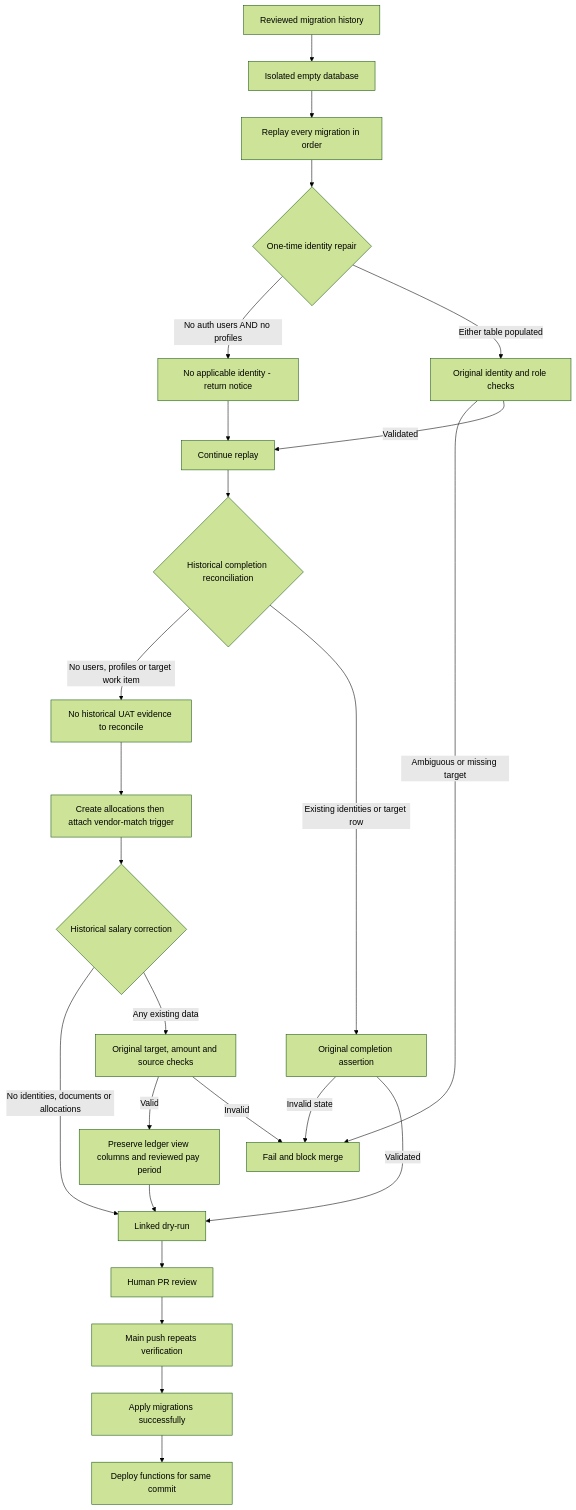
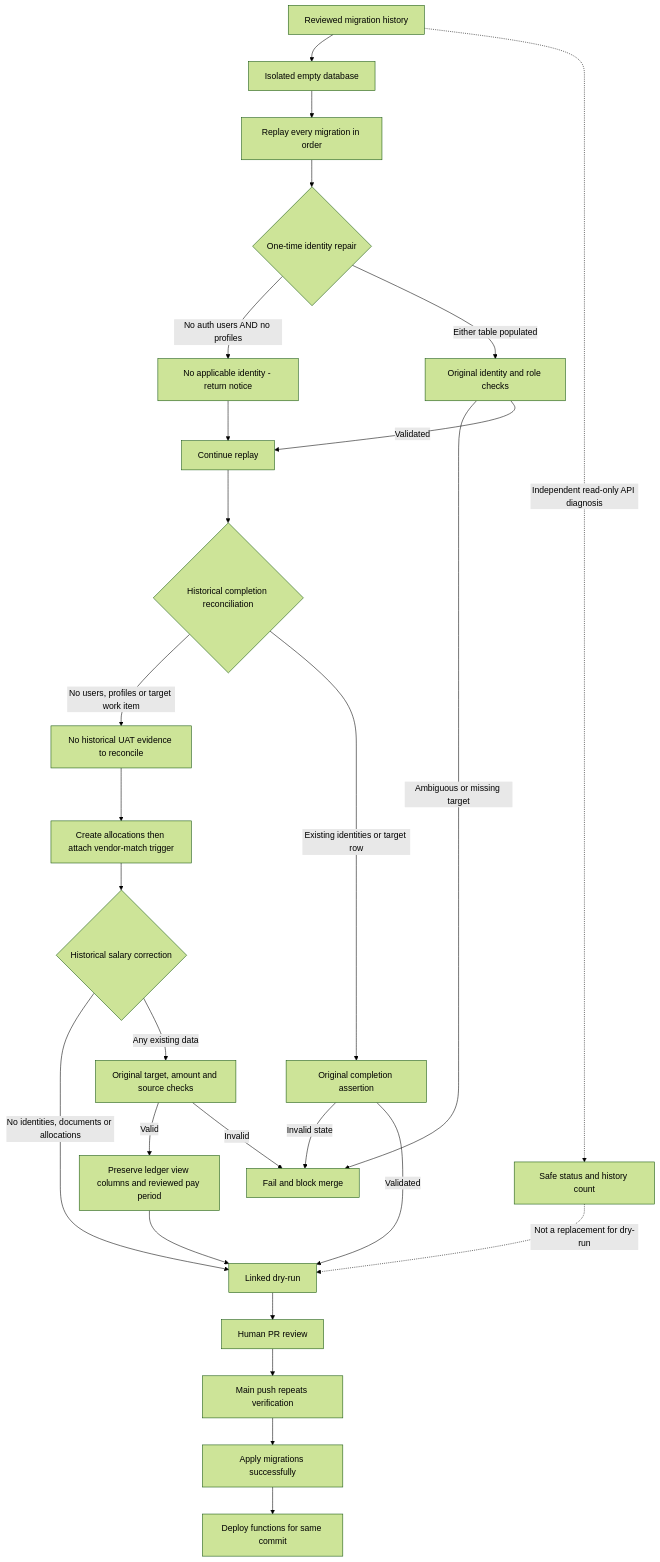
Before and after one commit to paramonjong-afk/WisdomAI: the diagram in docs/SUPABASE_REPLAY_FLOW.md, drawn with Mermaid (forest theme). The commit also changed other lines of this file and 8 other files, not shown here.

````diff
--- a/docs/SUPABASE_REPLAY_FLOW.md
+++ b/docs/SUPABASE_REPLAY_FLOW.md
@@ -1,27 +1,29 @@
 ```mermaid
 flowchart TD
   A[Reviewed migration history] --> B[Isolated empty database]
   B --> C[Replay every migration in order]
   C --> D{One-time identity repair}
   D -->|No auth users AND no profiles| E[No applicable identity - return notice]
   D -->|Either table populated| F[Original identity and role checks]
   F -->|Ambiguous or missing target| G[Fail and block merge]
   E --> H[Continue replay]
   F -->|Validated| H
   H --> K{Historical completion reconciliation}
   K -->|No users, profiles or target work item| L[No historical UAT evidence to reconcile]
   K -->|Existing identities or target row| M[Original completion assertion]
   M -->|Invalid state| G
   M -->|Validated| I[Linked dry-run]
   L --> N[Create allocations then attach vendor-match trigger]
   N --> O{Historical salary correction}
   O -->|No identities, documents or allocations| I
   O -->|Any existing data| P[Original target, amount and source checks]
   P -->|Valid| Q[Preserve ledger view columns and reviewed pay period]
   Q --> I
   P -->|Invalid| G
   I --> J[Human PR review]
   J --> R[Main push repeats verification]
   R --> S[Apply migrations successfully]
   S --> T[Deploy functions for same commit]
+  A -. Independent read-only API diagnosis .-> U[Safe status and history count]
+  U -. Not a replacement for dry-run .-> I
 ```
````
